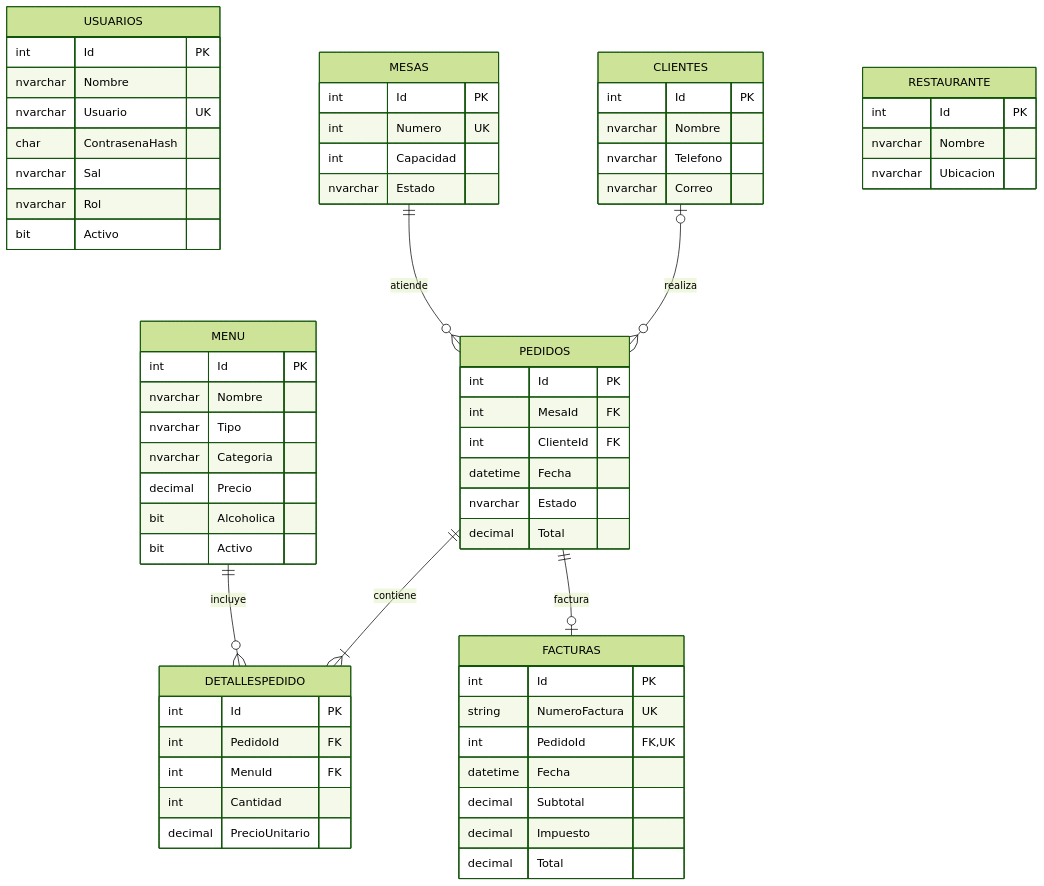
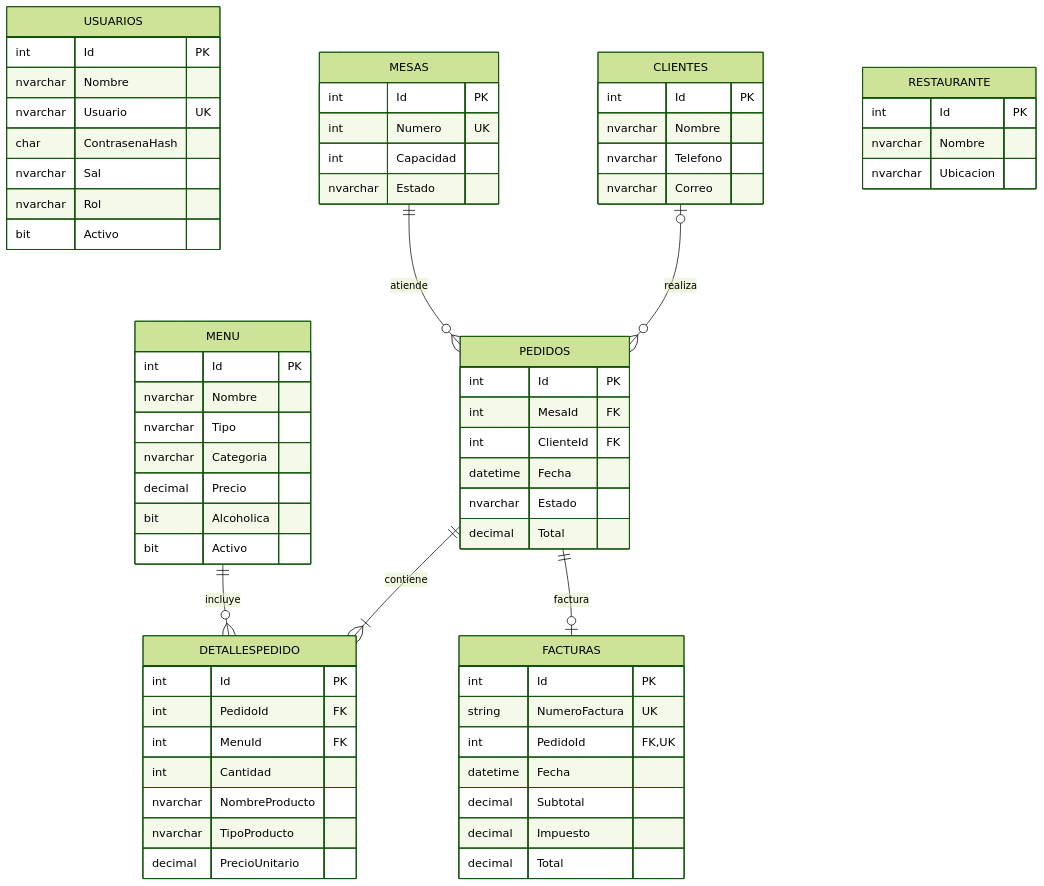
Before and after one commit to ivanc-93/restaurante: the diagram in restaurante2/Diagramas/DiagramaBaseDatos.mmd, drawn with Mermaid (forest theme). The commit also changed 7 other files, not shown here.

```diff
--- a/restaurante2/Diagramas/DiagramaBaseDatos.mmd
+++ b/restaurante2/Diagramas/DiagramaBaseDatos.mmd
@@ -1,65 +1,67 @@
 erDiagram
     USUARIOS {
         int Id PK
         nvarchar Nombre
         nvarchar Usuario UK
         char ContrasenaHash
         nvarchar Sal
         nvarchar Rol
         bit Activo
     }
     MESAS {
         int Id PK
         int Numero UK
         int Capacidad
         nvarchar Estado
     }
     MENU {
         int Id PK
         nvarchar Nombre
         nvarchar Tipo
         nvarchar Categoria
         decimal Precio
         bit Alcoholica
         bit Activo
     }
     CLIENTES {
         int Id PK
         nvarchar Nombre
         nvarchar Telefono
         nvarchar Correo
     }
     PEDIDOS {
         int Id PK
         int MesaId FK
         int ClienteId FK
         datetime Fecha
         nvarchar Estado
         decimal Total
     }
     DETALLESPEDIDO {
         int Id PK
         int PedidoId FK
         int MenuId FK
         int Cantidad
+        nvarchar NombreProducto
+        nvarchar TipoProducto
         decimal PrecioUnitario
     }
     FACTURAS {
         int Id PK
         string NumeroFactura UK
         int PedidoId FK,UK
         datetime Fecha
         decimal Subtotal
         decimal Impuesto
         decimal Total
     }
     MESAS ||--o{ PEDIDOS : atiende
     CLIENTES o|--o{ PEDIDOS : realiza
     PEDIDOS ||--|{ DETALLESPEDIDO : contiene
     MENU ||--o{ DETALLESPEDIDO : incluye
     PEDIDOS ||--o| FACTURAS : factura
     RESTAURANTE {
         int Id PK
         nvarchar Nombre
         nvarchar Ubicacion
     }
```
